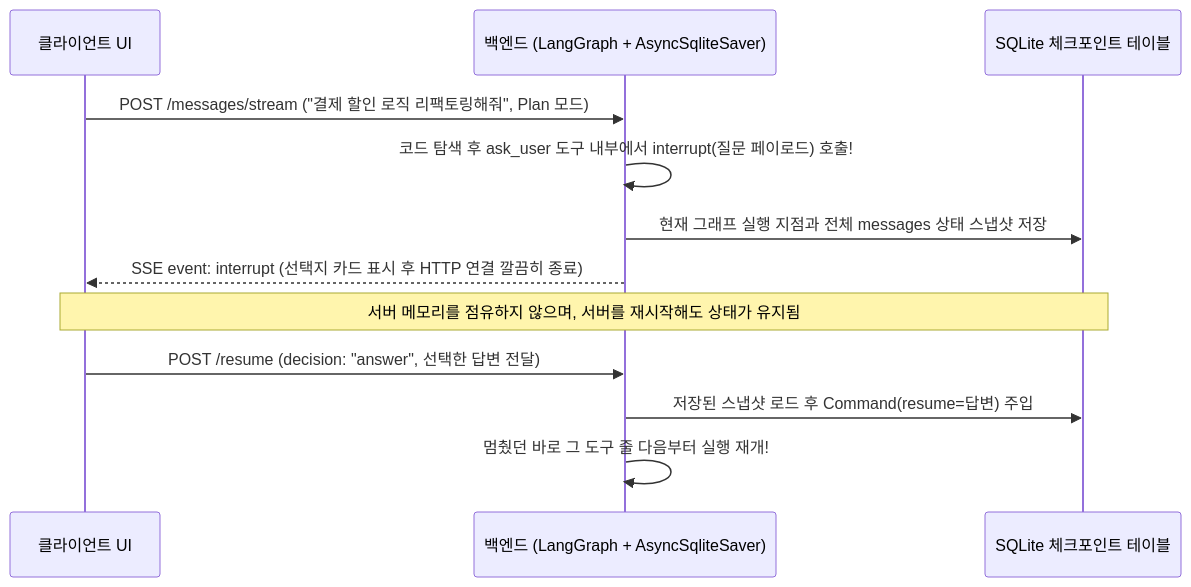
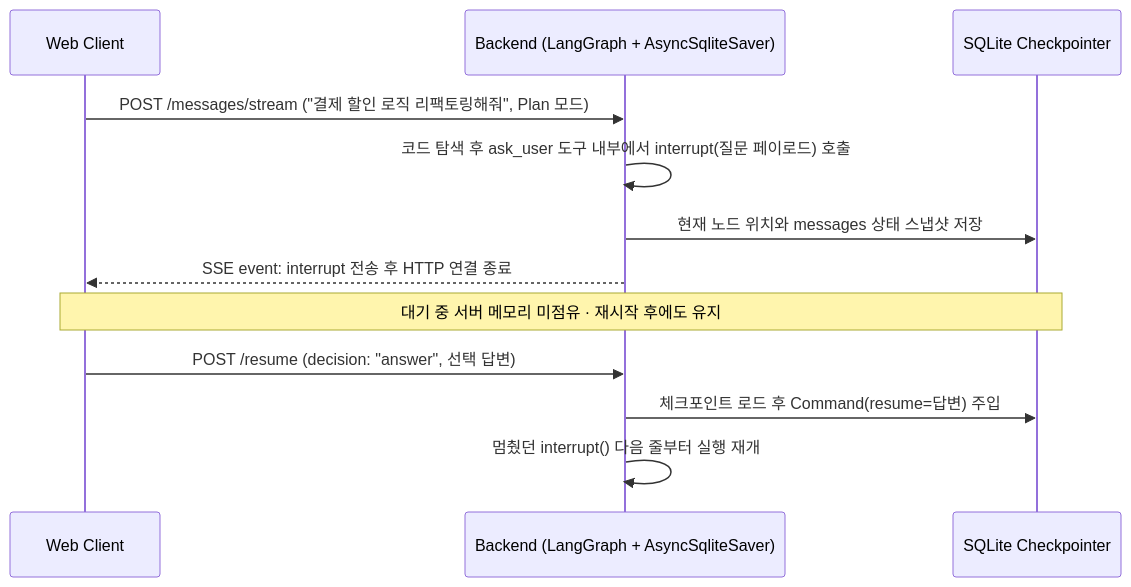
One commit to Abyssey/anvil changed the tenth of 12 diagrams in docs/coding-agent-study.md. Above: the diagram before and after it, drawn with Mermaid. The commit also changed other lines of this file and 3 other files, not shown here.

````diff
--- a/docs/coding-agent-study.md
+++ b/docs/coding-agent-study.md
@@ -453,15 +463,15 @@
 ```mermaid
 sequenceDiagram
-  participant UI as 클라이언트 UI
-  participant API as 백엔드 (LangGraph + AsyncSqliteSaver)
-  participant DB as SQLite 체크포인트 테이블
+  participant UI as Web Client
+  participant API as Backend (LangGraph + AsyncSqliteSaver)
+  participant DB as SQLite Checkpointer
 
   UI->>API: POST /messages/stream ("결제 할인 로직 리팩토링해줘", Plan 모드)
-  API->>API: 코드 탐색 후 ask_user 도구 내부에서 interrupt(질문 페이로드) 호출!
-  API->>DB: 현재 그래프 실행 지점과 전체 messages 상태 스냅샷 저장
-  API-->>UI: SSE event: interrupt (선택지 카드 표시 후 HTTP 연결 깔끔히 종료)
-  Note over UI,DB: 서버 메모리를 점유하지 않으며, 서버를 재시작해도 상태가 유지됨
-  UI->>API: POST /resume (decision: "answer", 선택한 답변 전달)
-  API->>DB: 저장된 스냅샷 로드 후 Command(resume=답변) 주입
-  API->>API: 멈췄던 바로 그 도구 줄 다음부터 실행 재개!
+  API->>API: 코드 탐색 후 ask_user 도구 내부에서 interrupt(질문 페이로드) 호출
+  API->>DB: 현재 노드 위치와 messages 상태 스냅샷 저장
+  API-->>UI: SSE event: interrupt 전송 후 HTTP 연결 종료
+  Note over UI,DB: 대기 중 서버 메모리 미점유 · 재시작 후에도 유지
+  UI->>API: POST /resume (decision: "answer", 선택 답변)
+  API->>DB: 체크포인트 로드 후 Command(resume=답변) 주입
+  API->>API: 멈췄던 interrupt() 다음 줄부터 실행 재개
 ```
````
